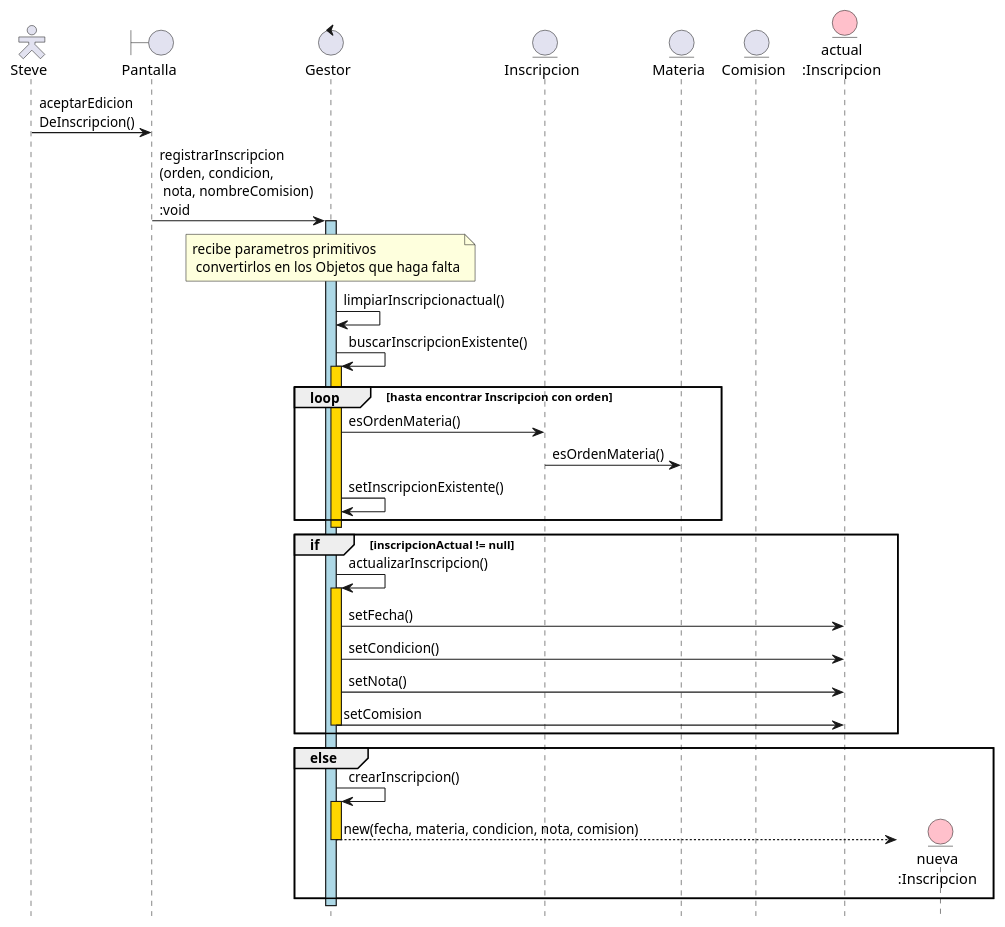
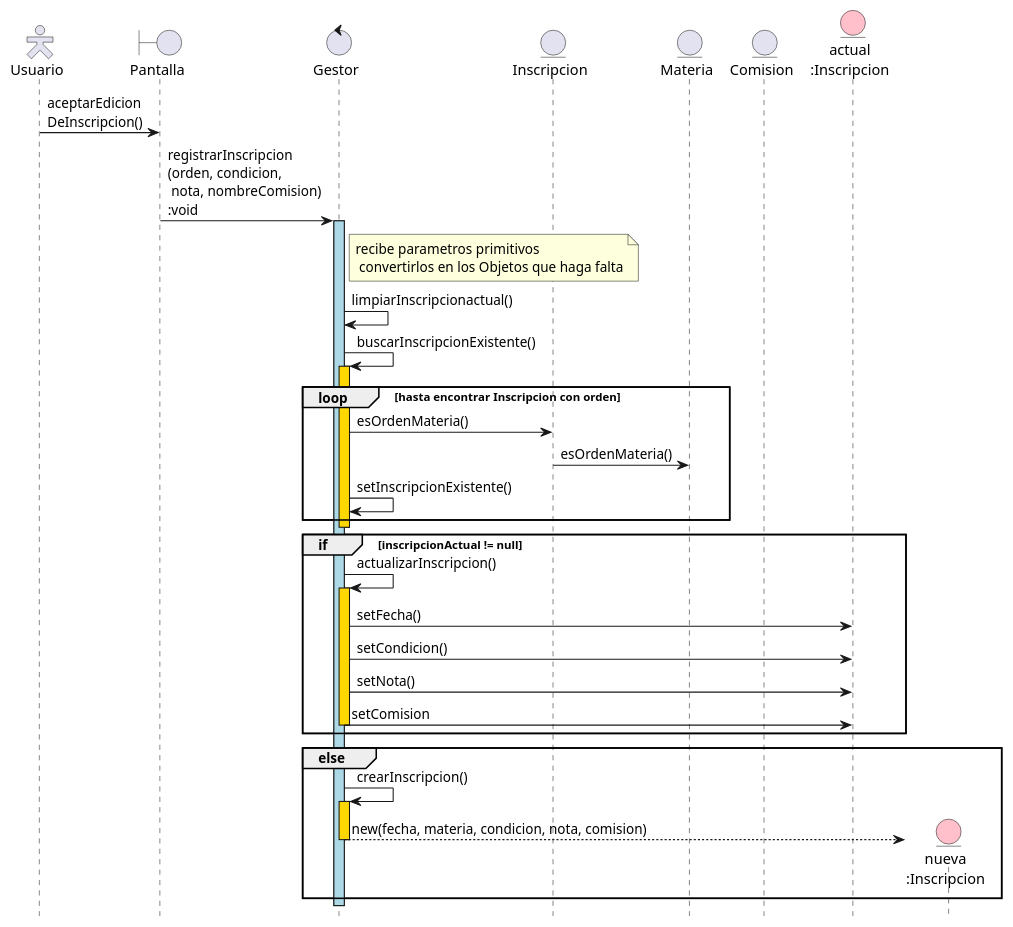
The diagram in Doc/UTNEZ_Secuencia-RegistraInscripcion.puml (EmilianoM7/UTN_EZ), drawn with PlantUML before and after one commit. The commit also changed 18 other files, not shown here.

```diff
--- a/Doc/UTNEZ_Secuencia-RegistraInscripcion.puml
+++ b/Doc/UTNEZ_Secuencia-RegistraInscripcion.puml
@@ -1,56 +1,56 @@
 @startuml
 
 ' --- SKIN ---
 
 skinparam actorStyle Hollow
 hide footbox
 
 ' --- DIAGRAMA ---
 
-actor Steve as A
+actor Usuario as A
 boundary Pantalla as P
 control Gestor as G
 entity Inscripcion as I
 entity Materia as M
 entity Comision as C
 entity "actual\n:Inscripcion" as AI #pink
 
 A -> P : aceptarEdicion\nDeInscripcion()
 P -> G : registrarInscripcion\n(orden, condicion,\n nota, nombreComision)\n:void
 activate G #lightblue
 
-note over G : recibe parametros primitivos \n convertirlos en los Objetos que haga falta
+note right G : recibe parametros primitivos \n convertirlos en los Objetos que haga falta
 
 G -> G : limpiarInscripcionactual()
 
 G -> G : buscarInscripcionExistente()
 activate G #gold
 loop hasta encontrar Inscripcion con orden
     G -> I : esOrdenMateria()
     I -> M : esOrdenMateria()
     G -> G : setInscripcionExistente()
 end
 deactivate G
 
 group if [inscripcionActual != null]
     G -> G : actualizarInscripcion()
     activate G #gold
     G -> AI : setFecha()
     G -> AI : setCondicion()
     G -> AI : setNota()
     G -> AI : setComision
     deactivate G
 end
 
 group else
     G -> G : crearInscripcion()
     activate G #gold
 
     create entity "nueva\n:Inscripcion" as N #pink
     G --> N : new(fecha, materia, condicion, nota, comision)
     deactivate G
 end
 
 deactivate G
 
 @enduml
```
